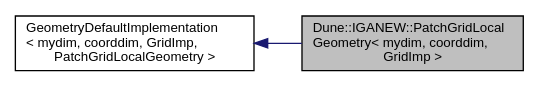
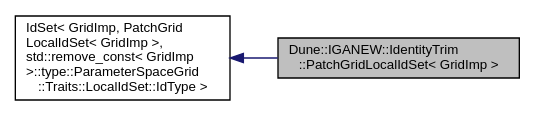
Before and after one commit to rath3t/dune-iga-doc: the diagram in d9/d1b/a01583.dot, drawn with Graphviz. The commit also changed 1206 other files, not shown here.

```diff
--- a/d9/d1b/a01583.dot
+++ b/d9/d1b/a01583.dot
@@ -1,10 +1,10 @@
-digraph "Dune::IGANEW::PatchGridLocalGeometry&lt; mydim, coorddim, GridImp &gt;"
+digraph "Dune::IGANEW::IdentityTrim::PatchGridLocalIdSet&lt; GridImp &gt;"
 {
  // LATEX_PDF_SIZE
   edge [fontname="Helvetica",fontsize="10",labelfontname="Helvetica",labelfontsize="10"];
   node [fontname="Helvetica",fontsize="10",shape=record];
   rankdir="LR";
-  Node1 [label="Dune::IGANEW::PatchGridLocal\lGeometry\< mydim, coorddim,\l GridImp \>",height=0.2,width=0.4,color="black", fillcolor="grey75", style="filled", fontcolor="black",tooltip="This class describes entities in the 0..1 space if untrimmed this is in the cube, for the untrimmed c..."];
+  Node1 [label="Dune::IGANEW::IdentityTrim\l::PatchGridLocalIdSet\< GridImp \>",height=0.2,width=0.4,color="black", fillcolor="grey75", style="filled", fontcolor="black",tooltip=" "];
   Node2 -> Node1 [dir="back",color="midnightblue",fontsize="10",style="solid",fontname="Helvetica"];
-  Node2 [label="GeometryDefaultImplementation\l\< mydim, coorddim, GridImp,\l PatchGridLocalGeometry \>",height=0.2,width=0.4,color="black", fillcolor="white", style="filled",tooltip=" "];
+  Node2 [label="IdSet\< GridImp, PatchGrid\lLocalIdSet\< GridImp \>,\l std::remove_const\< GridImp\l \>::type::ParameterSpaceGrid\l::Traits::LocalIdSet::IdType \>",height=0.2,width=0.4,color="black", fillcolor="white", style="filled",tooltip=" "];
 }
```
